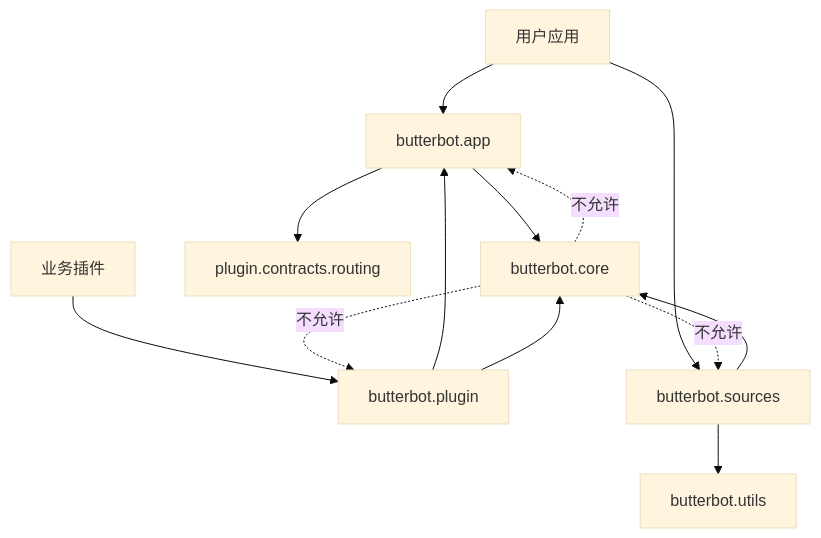
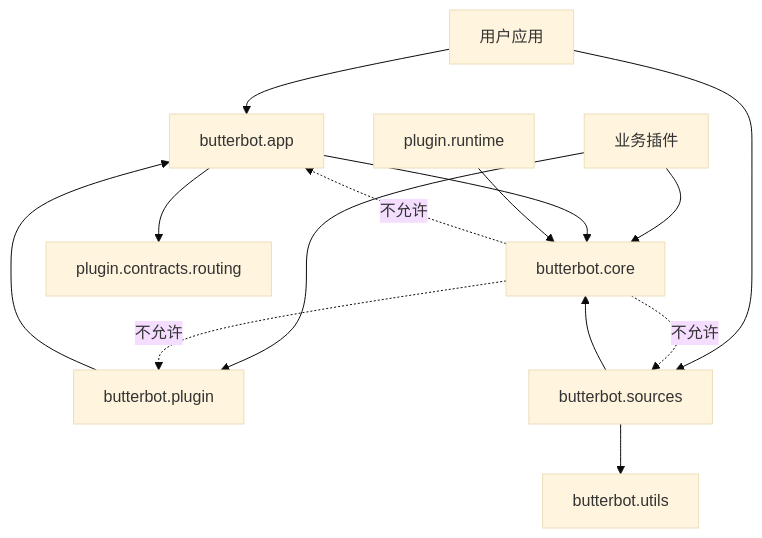
One commit to GEYUANwuqi/bilipy_bot changed the diagram in docs/guide/project-structure.md. Above: the diagram before and after it, drawn with Mermaid (base theme). The commit also changed other lines of this file and 9 other files, not shown here.

````diff
--- a/docs/guide/project-structure.md
+++ b/docs/guide/project-structure.md
@@ -81,15 +79,16 @@
 ```mermaid
 flowchart TD
   U[用户应用] --> APP[butterbot.app]
   P[业务插件] --> PLUGIN[butterbot.plugin]
+  P --> CORE
   APP --> CONTRACT[plugin.contracts.routing]
   PLUGIN --> APP
   APP --> CORE[butterbot.core]
-  PLUGIN --> CORE
+  PLUGIN_RUNTIME[plugin.runtime] --> CORE
   U --> SOURCES[butterbot.sources]
   SOURCES --> CORE
   SOURCES --> UTILS[butterbot.utils]
   CORE -. 不允许 .-> APP
   CORE -. 不允许 .-> PLUGIN
   CORE -. 不允许 .-> SOURCES
 ```
````
